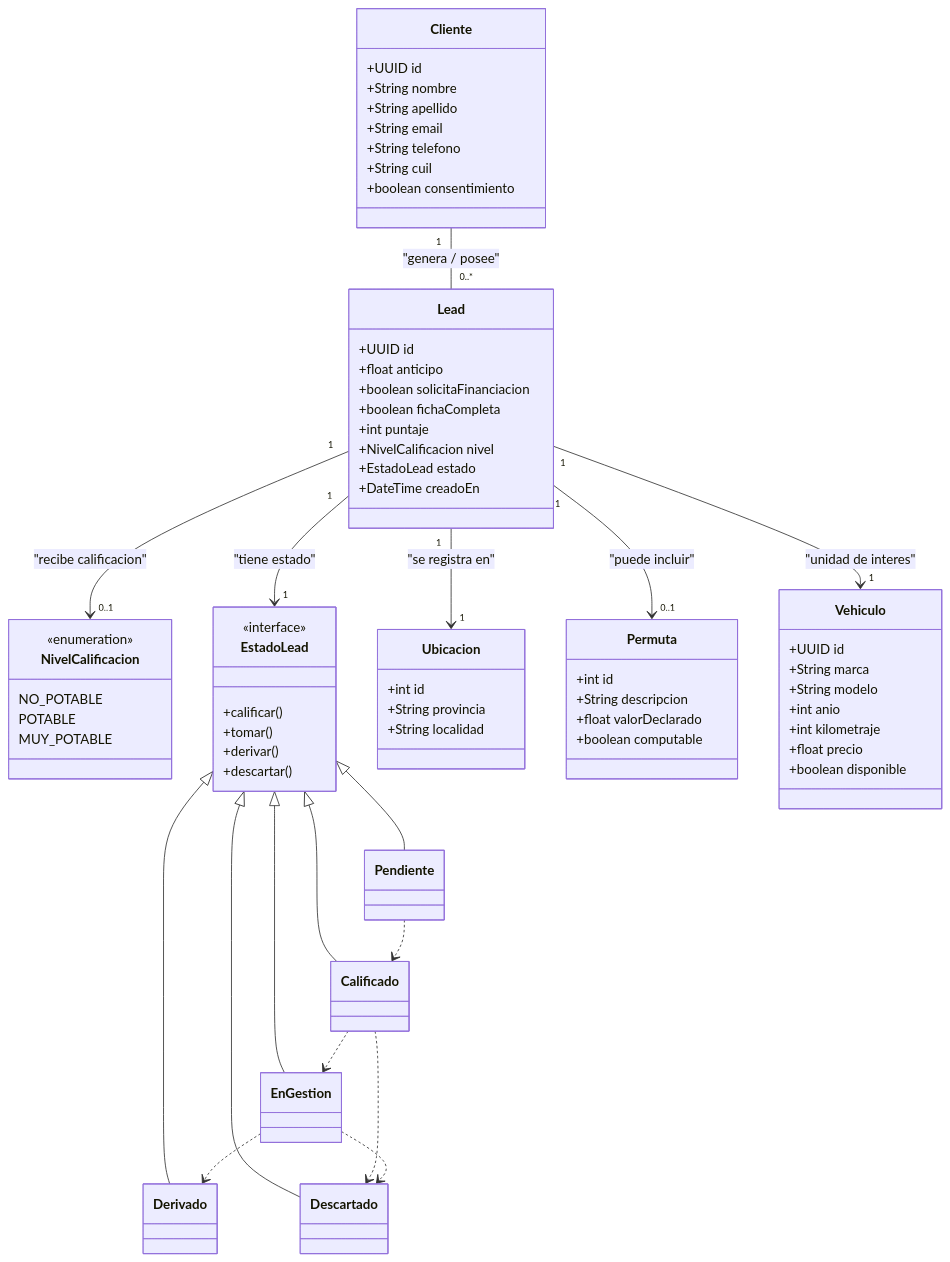
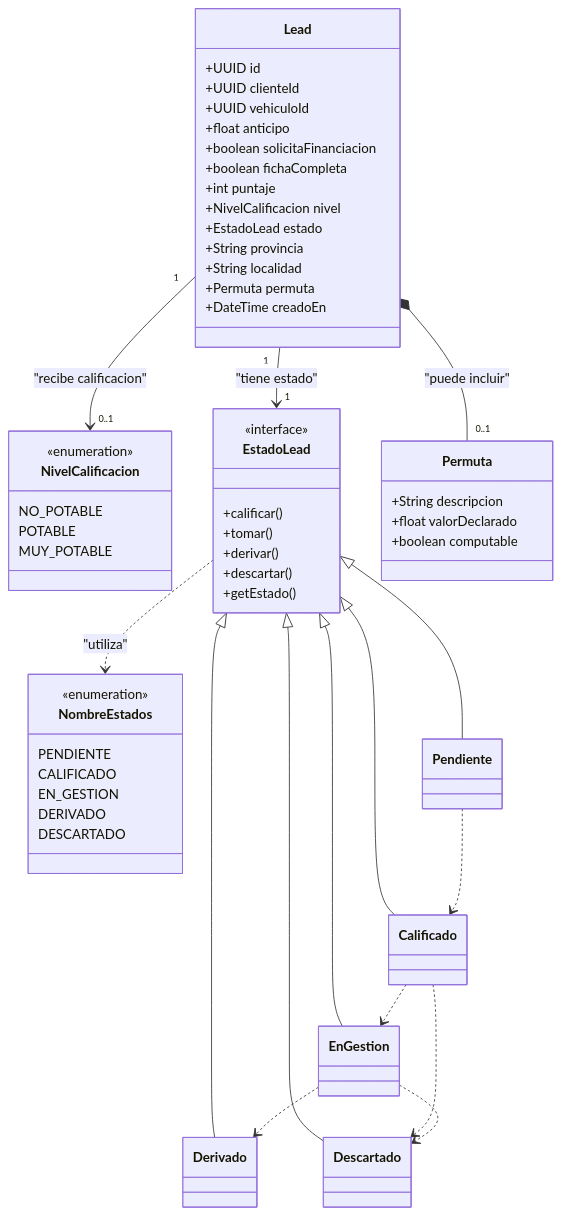
One commit to naimgaunaa/LeadsMicroservice changed the diagram in docs/diagrams/diagrama_clases.mmd. Above: the diagram before and after it, drawn with Mermaid. The commit also changed 10 other files, not shown here.

First line of the commit message:
Refactor lead state model and update diagrams

```diff
--- a/docs/diagrams/diagrama_clases.mmd
+++ b/docs/diagrams/diagrama_clases.mmd
@@ -1,88 +1,73 @@
 classDiagram
     %% --- Catálogos y enumeraciones ---
     class NivelCalificacion {
         <<enumeration>>
         NO_POTABLE
         POTABLE
         MUY_POTABLE
     }
+    class NombreEstados{
+        <<enumeration>>
+        PENDIENTE
+        CALIFICADO
+        EN_GESTION
+        DERIVADO
+        DESCARTADO
+    }
 
     class EstadoLead {
         <<interface>>
         +calificar()
         +tomar()
         +derivar()
         +descartar()
+        +getEstado()
     }
 
     class Pendiente { }
     class Calificado { }
     class EnGestion { }
     class Derivado { }
     class Descartado { }
 
     %% --- Patrón State ---
     EstadoLead <|-- Pendiente
     EstadoLead <|-- Calificado
     EstadoLead <|-- EnGestion
     EstadoLead <|-- Derivado
     EstadoLead <|-- Descartado
 
     Pendiente ..> Calificado
     Calificado ..> EnGestion
     Calificado ..> Descartado
     EnGestion ..> Derivado
     EnGestion ..> Descartado
 
     %% --- Entidades de negocio del servicio leads ---
-    class Cliente {
-        +UUID id
-        +String nombre
-        +String apellido
-        +String email
-        +String telefono
-        +String cuil
-        +boolean consentimiento
-    }
-
-    class Ubicacion {
-        +int id
-        +String provincia
-        +String localidad
-    }
-
     class Permuta {
-        +int id
         +String descripcion
         +float valorDeclarado
         +boolean computable
     }
 
-    class Vehiculo {
-        +UUID id
-        +String marca
-        +String modelo
-        +int anio
-        +int kilometraje
-        +float precio
-        +boolean disponible
-    }
-
     class Lead {
         +UUID id
+        +UUID clienteId
+        +UUID vehiculoId
         +float anticipo
         +boolean solicitaFinanciacion
         +boolean fichaCompleta
         +int puntaje
         +NivelCalificacion nivel
         +EstadoLead estado
+        +String provincia
+        +String localidad
+        +Permuta permuta
         +DateTime creadoEn
     }
 
-    %% --- Relaciones derivadas del DER y del documento ---
-    Cliente "1" -- "0..*" Lead : "genera / posee"
-    Lead "1" --> "1" Ubicacion : "se registra en"
-    Lead "1" --> "0..1" Permuta : "puede incluir"
-    Lead "1" --> "1" Vehiculo : "unidad de interes"
+    %% --- Relaciones ---
+    Lead *-- "0..1" Permuta : "puede incluir"
     Lead "1" --> "1" EstadoLead : "tiene estado"
     Lead "1" --> "0..1" NivelCalificacion : "recibe calificacion"
+    EstadoLead ..> NombreEstados : "utiliza"
```
